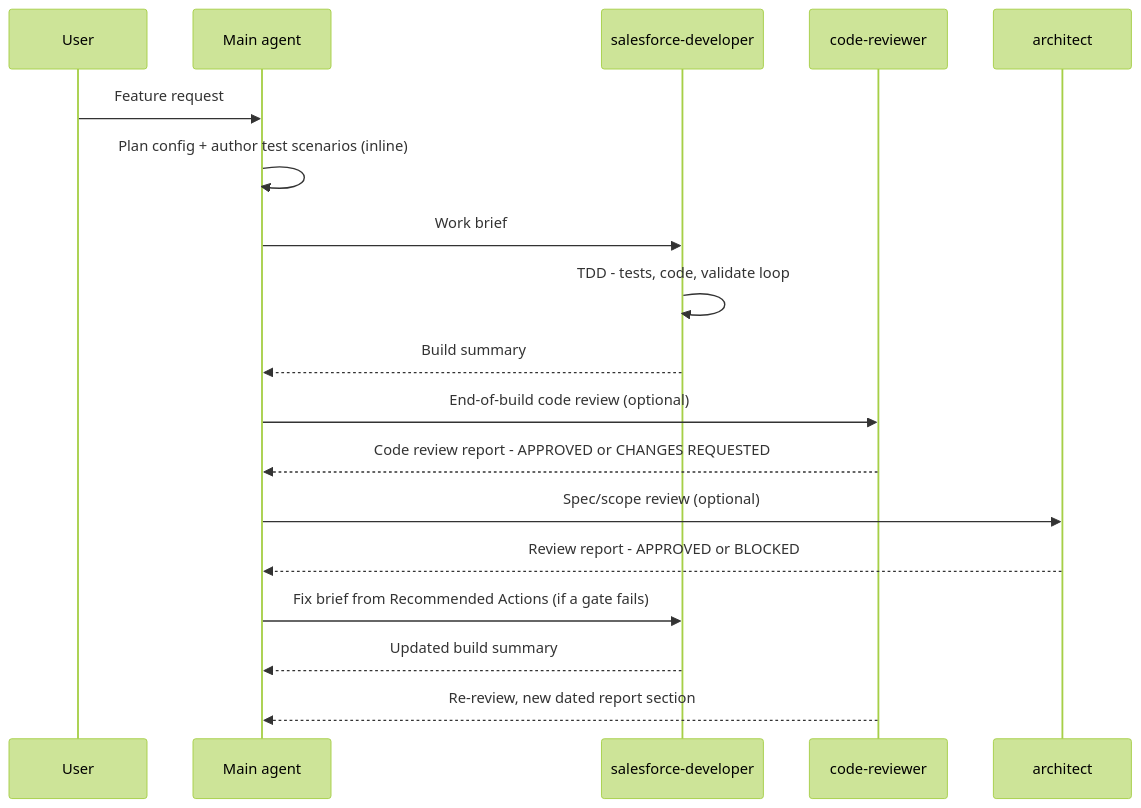
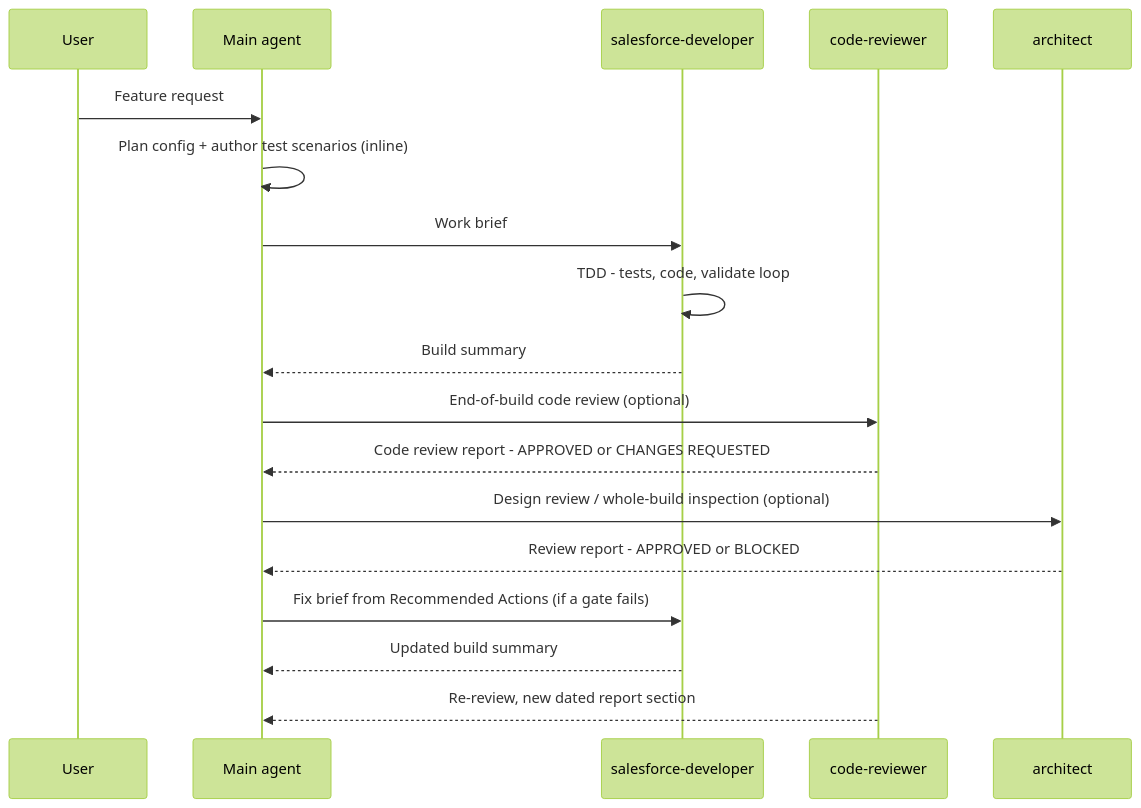
Before and after one commit to drsaavedra/sf-agentic-development: the diagram in README.md, drawn with Mermaid (forest theme). The commit also changed other lines of this file and 10 other files, not shown here.

First line of the commit message:
Narrow architect agent to solution design; delegate code quality to code-reviewer (#20)

````diff
--- a/README.md
+++ b/README.md
@@ -261,20 +261,20 @@
 ```mermaid
 sequenceDiagram
     participant U as User
     participant M as Main agent
     participant D as salesforce-developer
     participant R as code-reviewer
     participant A as architect
     U->>M: Feature request
     M->>M: Plan config + author test scenarios (inline)
     M->>D: Work brief
     D->>D: TDD - tests, code, validate loop
     D-->>M: Build summary
     M->>R: End-of-build code review (optional)
     R-->>M: Code review report - APPROVED or CHANGES REQUESTED
-    M->>A: Spec/scope review (optional)
+    M->>A: Design review / whole-build inspection (optional)
     A-->>M: Review report - APPROVED or BLOCKED
     M->>D: Fix brief from Recommended Actions (if a gate fails)
     D-->>M: Updated build summary
     R-->>M: Re-review, new dated report section
 ```
````
